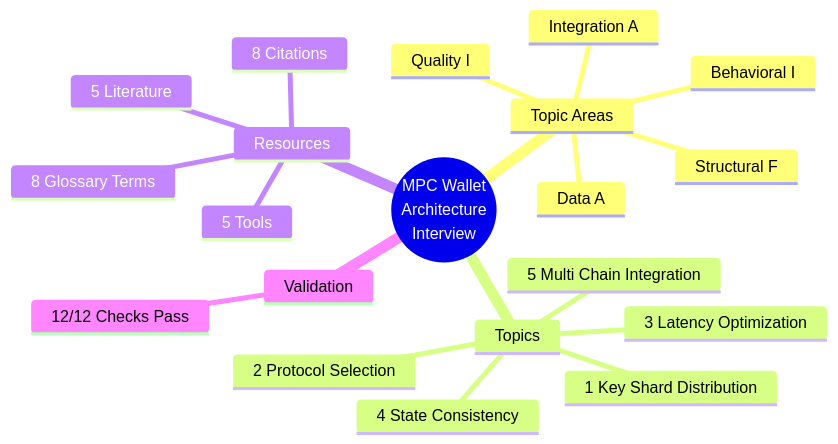
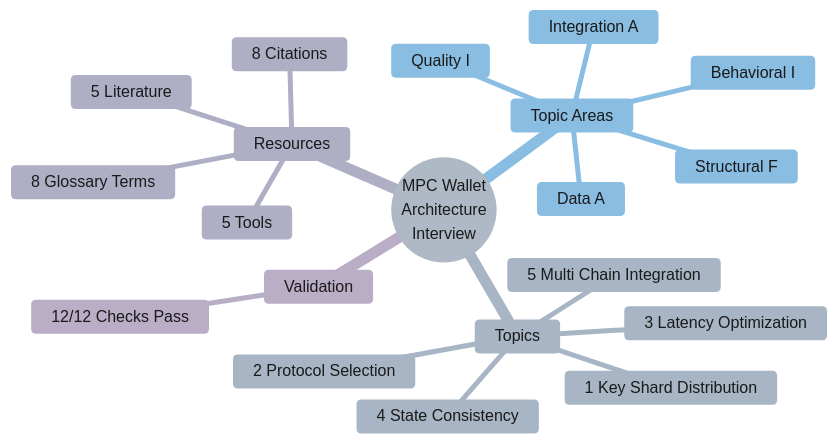
One commit to ljg-cqu/knowledge changed the first of 21 diagrams in Workplace/Interview/Blockchain/Posts/MPCWalletEngineer/Architecture/ZencoderAuto+_Revised.md. Above: the diagram before and after it, drawn with Mermaid. The commit also changed other lines of this file and 13 other files, not shown here.

Commit message:
Enhance visual consistency and readability of diagrams in ZencoderAuto+_Revised.md by updating theme variables and styles across all mermaid charts. Adjust colors for improved contrast and clarity, ensuring a cohesive design throughout the document.

````diff
--- a/Workplace/Interview/Blockchain/Posts/MPCWalletEngineer/Architecture/ZencoderAuto+_Revised.md
+++ b/Workplace/Interview/Blockchain/Posts/MPCWalletEngineer/Architecture/ZencoderAuto+_Revised.md
@@ -27,23 +27,34 @@
 ```mermaid
+%%{init: {
+  "theme": "base",
+  "themeVariables": {
+    "primaryColor": "#f8f9fa",
+    "primaryTextColor": "#1a1a1a",
+    "primaryBorderColor": "#7a8591",
+    "lineColor": "#8897a8",
+    "secondaryColor": "#eff6fb",
+    "tertiaryColor": "#f3f5f7"
+  }
+}}%%
 mindmap
   root((MPC Wallet<br/>Architecture<br/>Interview))
     Topic Areas
       Structural F
       Behavioral I
       Quality I
       Data A
       Integration A
     Topics
       1 Key Shard Distribution
       2 Protocol Selection
       3 Latency Optimization
       4 State Consistency
       5 Multi Chain Integration
     Resources
       8 Glossary Terms
       5 Tools
       5 Literature
       8 Citations
     Validation
       12/12 Checks Pass
 ```
````
